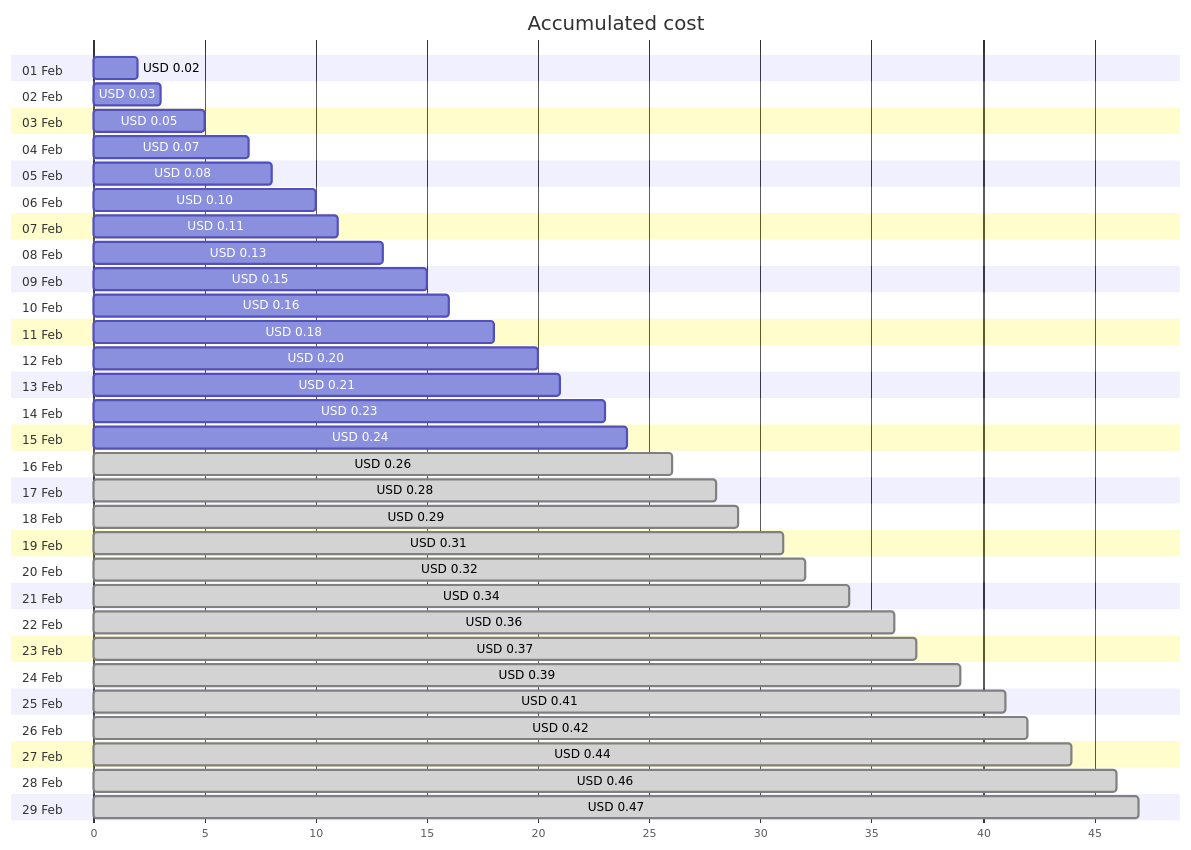
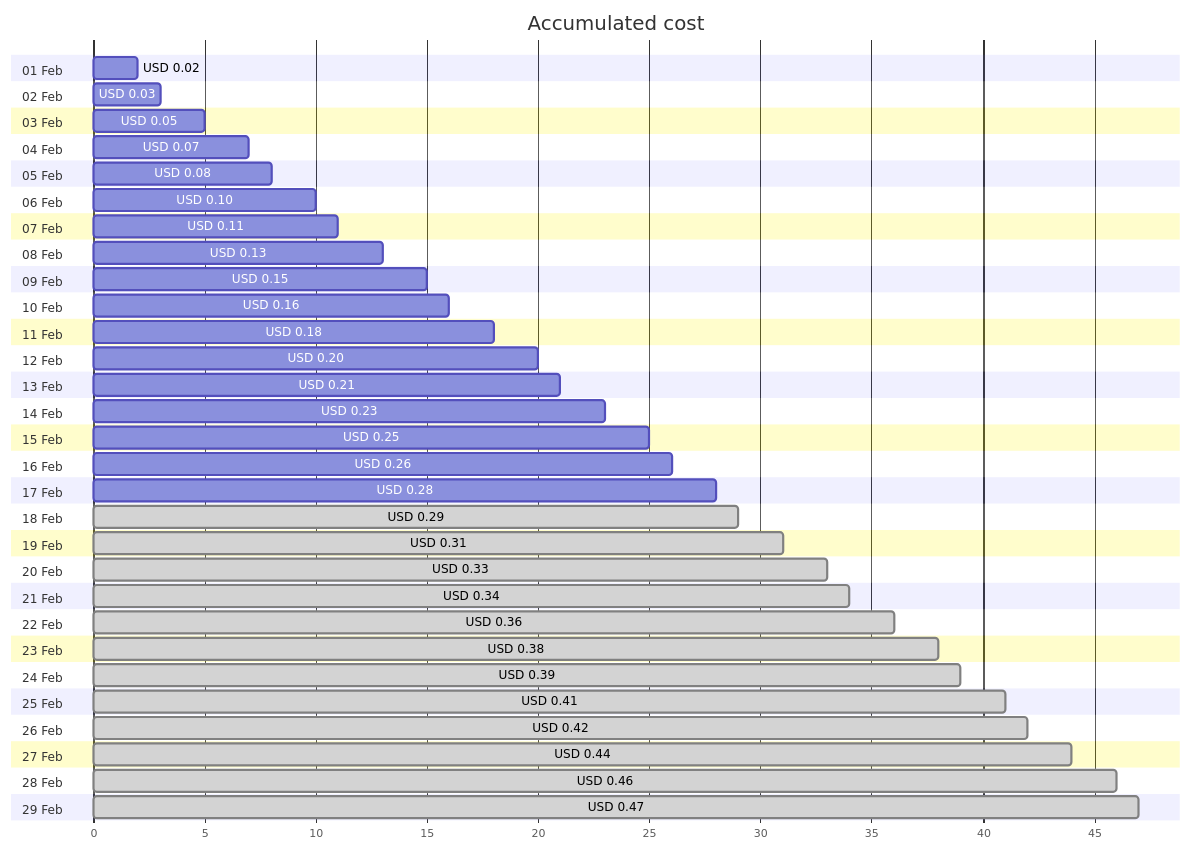
The first of 4 diagrams in cost-reports/personal-dns/jpatrickfulton.com.md (jpfulton/azure-personal-reports), drawn with Mermaid before and after one commit. The commit also changed other lines of this file and 2 other files, not shown here.

````diff
--- a/cost-reports/personal-dns/jpatrickfulton.com.md
+++ b/cost-reports/personal-dns/jpatrickfulton.com.md
@@ -20,64 +20,64 @@
 ```mermaid
 gantt
    title Accumulated cost
    dateFormat  X
    axisFormat %s
    section 01 Feb
    USD 0.02 :0, 2
    section 02 Feb
    USD 0.03 :0, 3
    section 03 Feb
    USD 0.05 :0, 5
    section 04 Feb
    USD 0.07 :0, 7
    section 05 Feb
    USD 0.08 :0, 8
    section 06 Feb
    USD 0.10 :0, 10
    section 07 Feb
    USD 0.11 :0, 11
    section 08 Feb
    USD 0.13 :0, 13
    section 09 Feb
    USD 0.15 :0, 15
    section 10 Feb
    USD 0.16 :0, 16
    section 11 Feb
    USD 0.18 :0, 18
    section 12 Feb
    USD 0.20 :0, 20
    section 13 Feb
    USD 0.21 :0, 21
    section 14 Feb
    USD 0.23 :0, 23
    section 15 Feb
-   USD 0.24 :0, 24
+   USD 0.25 :0, 25
    section 16 Feb
-   USD 0.26 : done, 0, 26
+   USD 0.26 :0, 26
    section 17 Feb
-   USD 0.28 : done, 0, 28
+   USD 0.28 :0, 28
    section 18 Feb
    USD 0.29 : done, 0, 29
    section 19 Feb
    USD 0.31 : done, 0, 31
    section 20 Feb
-   USD 0.32 : done, 0, 32
+   USD 0.33 : done, 0, 33
    section 21 Feb
    USD 0.34 : done, 0, 34
    section 22 Feb
    USD 0.36 : done, 0, 36
    section 23 Feb
-   USD 0.37 : done, 0, 37
+   USD 0.38 : done, 0, 38
    section 24 Feb
    USD 0.39 : done, 0, 39
    section 25 Feb
    USD 0.41 : done, 0, 41
    section 26 Feb
    USD 0.42 : done, 0, 42
    section 27 Feb
    USD 0.44 : done, 0, 44
    section 28 Feb
    USD 0.46 : done, 0, 46
    section 29 Feb
    USD 0.47 : done, 0, 47
 ```
````
